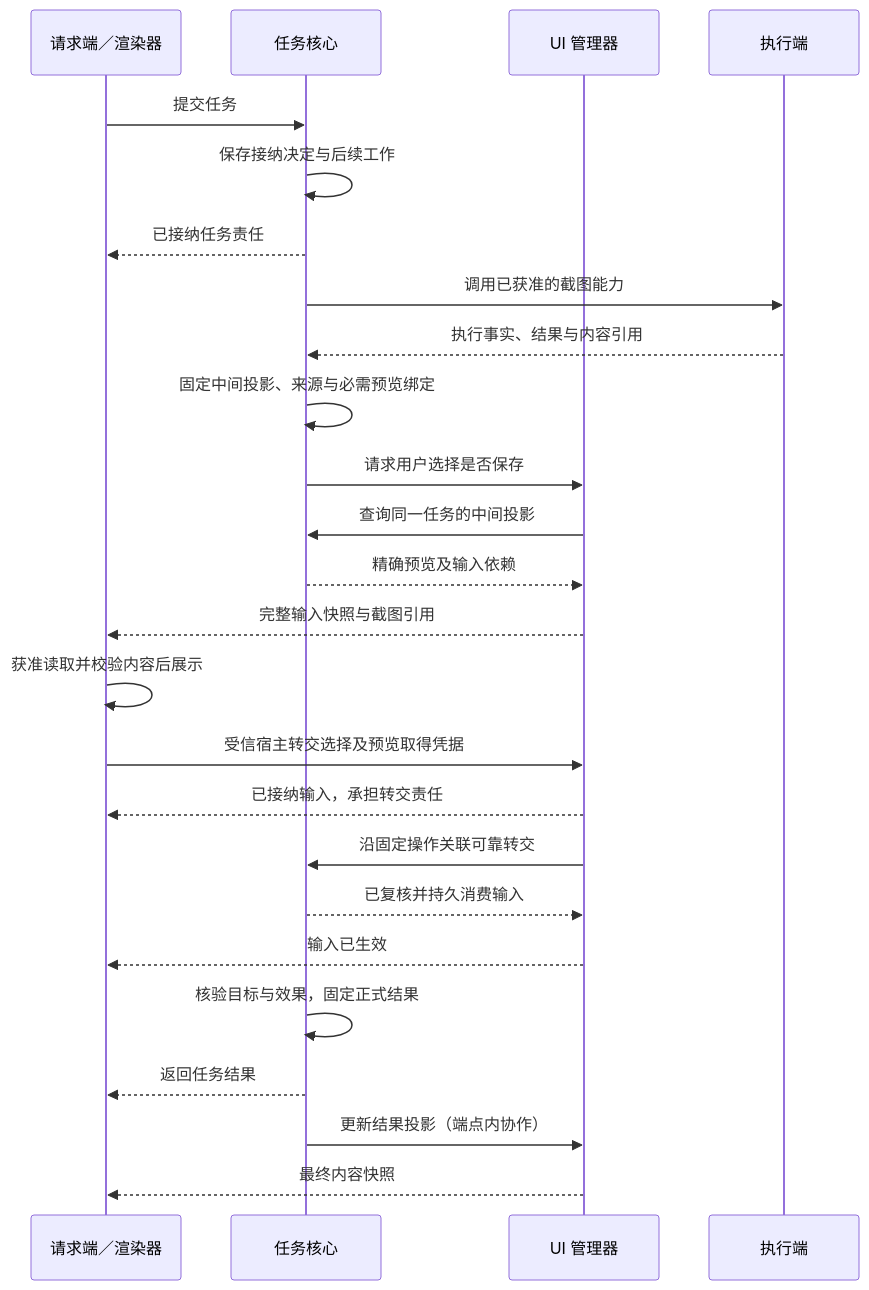
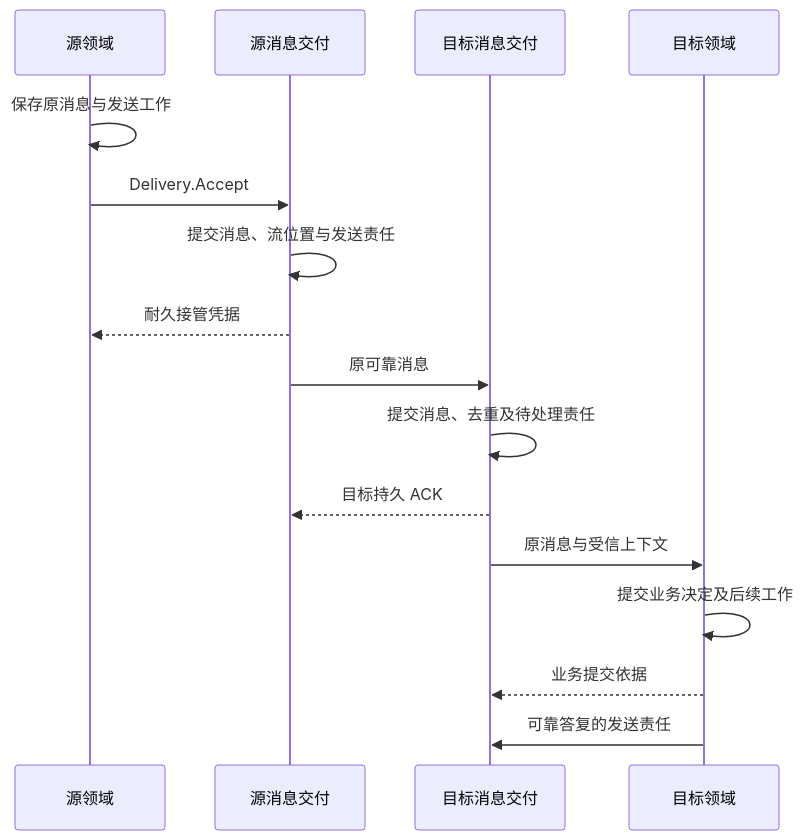
The second of 2 diagrams in docs/architecture/endpoint-communication/README.md (ruipengliu/lerna), drawn with Mermaid before and after one commit. The commit also changed other lines of this file and 87 other files, not shown here.

Commit message:
docs: refine architecture design and preview settings

````diff
--- a/docs/architecture/endpoint-communication/README.md
+++ b/docs/architecture/endpoint-communication/README.md
@@ -78,27 +62,18 @@
 ```mermaid
 sequenceDiagram
-    participant R as 请求端／渲染器
-    participant T as 任务核心
-    participant U as UI 管理器
-    participant E as 执行端
-    R->>T: 提交任务
-    T->>T: 保存接纳决定与后续工作
-    T-->>R: 已接纳任务责任
-    T->>E: 调用已获准的截图能力
-    E-->>T: 执行事实、结果与内容引用
-    T->>T: 固定中间投影、来源与必需预览绑定
-    T->>U: 请求用户选择是否保存
-    U->>T: 查询同一任务的中间投影
-    T-->>U: 精确预览及输入依赖
-    U-->>R: 完整输入快照与截图引用
-    R->>R: 获准读取并校验内容后展示
-    R->>U: 受信宿主转交选择及预览取得凭据
-    U-->>R: 已接纳输入，承担转交责任
-    U->>T: 沿固定操作关联可靠转交
-    T-->>U: 已复核并持久消费输入
-    U-->>R: 输入已生效
-    T->>T: 核验目标与效果，固定正式结果
-    T-->>R: 返回任务结果
-    T->>U: 更新结果投影（端点内协作）
-    U-->>R: 最终内容快照
+    participant S as 源领域
+    participant D as 源消息交付
+    participant R as 目标消息交付
+    participant B as 目标领域
+    S->>S: 保存原消息与发送工作
+    S->>D: Delivery.Accept
+    D->>D: 提交消息、流位置与发送责任
+    D-->>S: 耐久接管凭据
+    D->>R: 原可靠消息
+    R->>R: 提交消息、去重及待处理责任
+    R-->>D: 目标持久 ACK
+    R->>B: 原消息与受信上下文
+    B->>B: 提交业务决定及后续工作
+    B-->>R: 业务提交依据
+    B->>R: 可靠答复的发送责任
 ```
````
